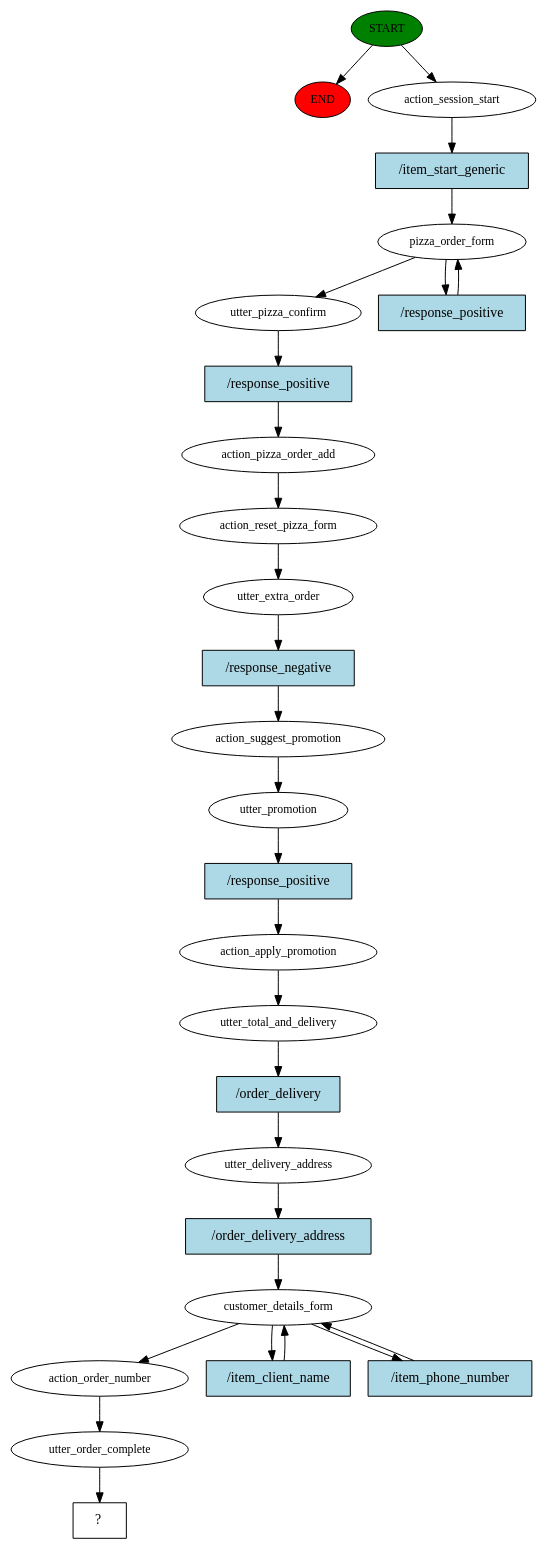
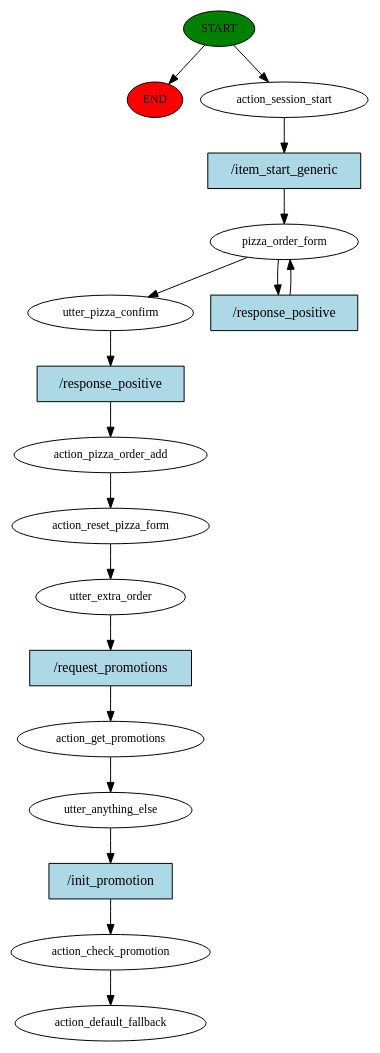
Before and after one commit to pasterzewa/HMD-PizzaBot-project: the diagram in story_graph.dot, drawn with Graphviz. The commit also changed 97 other files, not shown here.

```diff
--- a/story_graph.dot
+++ b/story_graph.dot
@@ -1,56 +1,36 @@
 digraph  {
 0 [class="start active", fillcolor=green, fontsize=12, label=START, style=filled];
 "-1" [class=end, fillcolor=red, fontsize=12, label=END, style=filled];
 1 [class=active, fontsize=12, label=action_session_start];
 2 [class=active, fontsize=12, label=pizza_order_form];
 4 [class=active, fontsize=12, label=utter_pizza_confirm];
 5 [class=active, fontsize=12, label=action_pizza_order_add];
 6 [class=active, fontsize=12, label=action_reset_pizza_form];
 7 [class=active, fontsize=12, label=utter_extra_order];
-8 [class=active, fontsize=12, label=action_suggest_promotion];
-9 [class=active, fontsize=12, label=utter_promotion];
-10 [class=active, fontsize=12, label=action_apply_promotion];
-11 [class=active, fontsize=12, label=utter_total_and_delivery];
-12 [class=active, fontsize=12, label=utter_delivery_address];
-13 [class=active, fontsize=12, label=customer_details_form];
-16 [class=active, fontsize=12, label=action_order_number];
-17 [class=active, fontsize=12, label=utter_order_complete];
-18 [class="intent dashed active", label="  ?  ", shape=rect];
-19 [class="intent active", fillcolor=lightblue, label="/item_start_generic", shape=rect, style=filled];
-20 [class="intent active", fillcolor=lightblue, label="/response_positive", shape=rect, style=filled];
-21 [class="intent active", fillcolor=lightblue, label="/response_positive", shape=rect, style=filled];
-22 [class="intent active", fillcolor=lightblue, label="/response_negative", shape=rect, style=filled];
-23 [class="intent active", fillcolor=lightblue, label="/response_positive", shape=rect, style=filled];
-24 [class="intent active", fillcolor=lightblue, label="/order_delivery", shape=rect, style=filled];
-25 [class="intent active", fillcolor=lightblue, label="/order_delivery_address", shape=rect, style=filled];
-26 [class="intent active", fillcolor=lightblue, label="/item_client_name", shape=rect, style=filled];
-27 [class="intent active", fillcolor=lightblue, label="/item_phone_number", shape=rect, style=filled];
+8 [class=active, fontsize=12, label=action_get_promotions];
+9 [class=active, fontsize=12, label=utter_anything_else];
+10 [class=active, fontsize=12, label=action_check_promotion];
+11 [class="dashed active", fontsize=12, label=action_default_fallback];
+12 [class="intent active", fillcolor=lightblue, label="/item_start_generic", shape=rect, style=filled];
+13 [class="intent active", fillcolor=lightblue, label="/response_positive", shape=rect, style=filled];
+14 [class="intent active", fillcolor=lightblue, label="/response_positive", shape=rect, style=filled];
+15 [class="intent active", fillcolor=lightblue, label="/request_promotions", shape=rect, style=filled];
+16 [class="intent active", fillcolor=lightblue, label="/init_promotion", shape=rect, style=filled];
 0 -> "-1"  [class="", key=NONE, label=""];
 0 -> 1  [class=active, key=NONE, label=""];
-1 -> 19  [class=active, key=0];
+1 -> 12  [class=active, key=0];
 2 -> 4  [class=active, key=NONE, label=""];
-2 -> 20  [class=active, key=0];
-4 -> 21  [class=active, key=0];
+2 -> 13  [class=active, key=0];
+4 -> 14  [class=active, key=0];
 5 -> 6  [class=active, key=NONE, label=""];
 6 -> 7  [class=active, key=NONE, label=""];
-7 -> 22  [class=active, key=0];
+7 -> 15  [class=active, key=0];
 8 -> 9  [class=active, key=NONE, label=""];
-9 -> 23  [class=active, key=0];
+9 -> 16  [class=active, key=0];
 10 -> 11  [class=active, key=NONE, label=""];
-11 -> 24  [class=active, key=0];
-12 -> 25  [class=active, key=0];
-13 -> 16  [class=active, key=NONE, label=""];
-13 -> 26  [class=active, key=0];
-13 -> 27  [class=active, key=0];
-16 -> 17  [class=active, key=NONE, label=""];
-17 -> 18  [class=active, key=NONE, label=""];
-19 -> 2  [class=active, key=0];
-20 -> 2  [class=active, key=0];
-21 -> 5  [class=active, key=0];
-22 -> 8  [class=active, key=0];
-23 -> 10  [class=active, key=0];
-24 -> 12  [class=active, key=0];
-25 -> 13  [class=active, key=0];
-26 -> 13  [class=active, key=0];
-27 -> 13  [class=active, key=0];
+12 -> 2  [class=active, key=0];
+13 -> 2  [class=active, key=0];
+14 -> 5  [class=active, key=0];
+15 -> 8  [class=active, key=0];
+16 -> 10  [class=active, key=0];
 }
```
